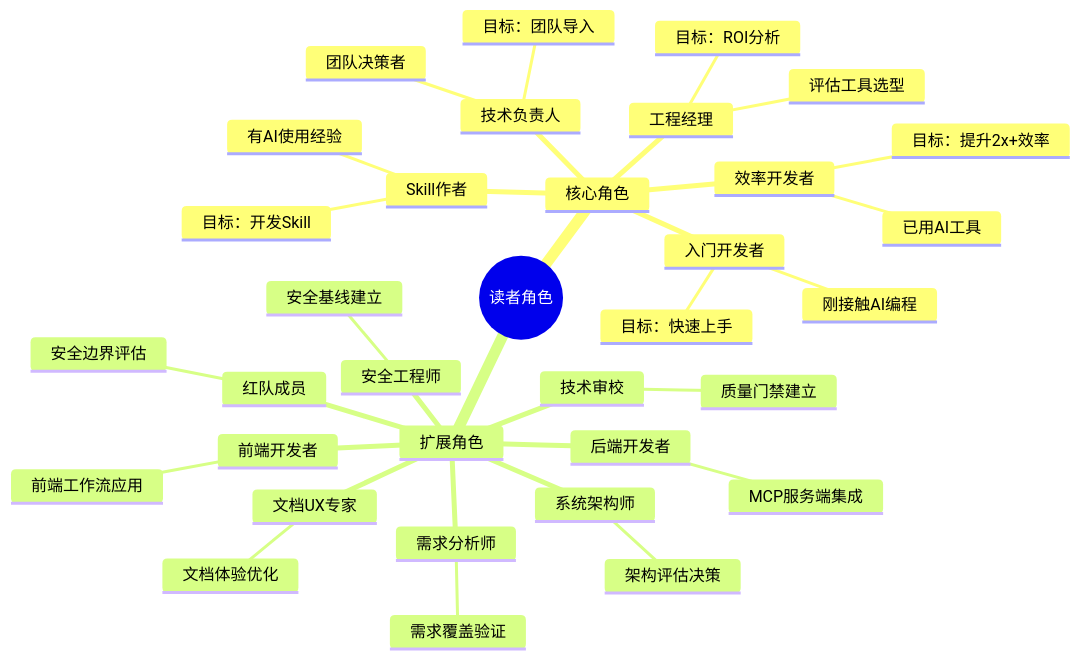
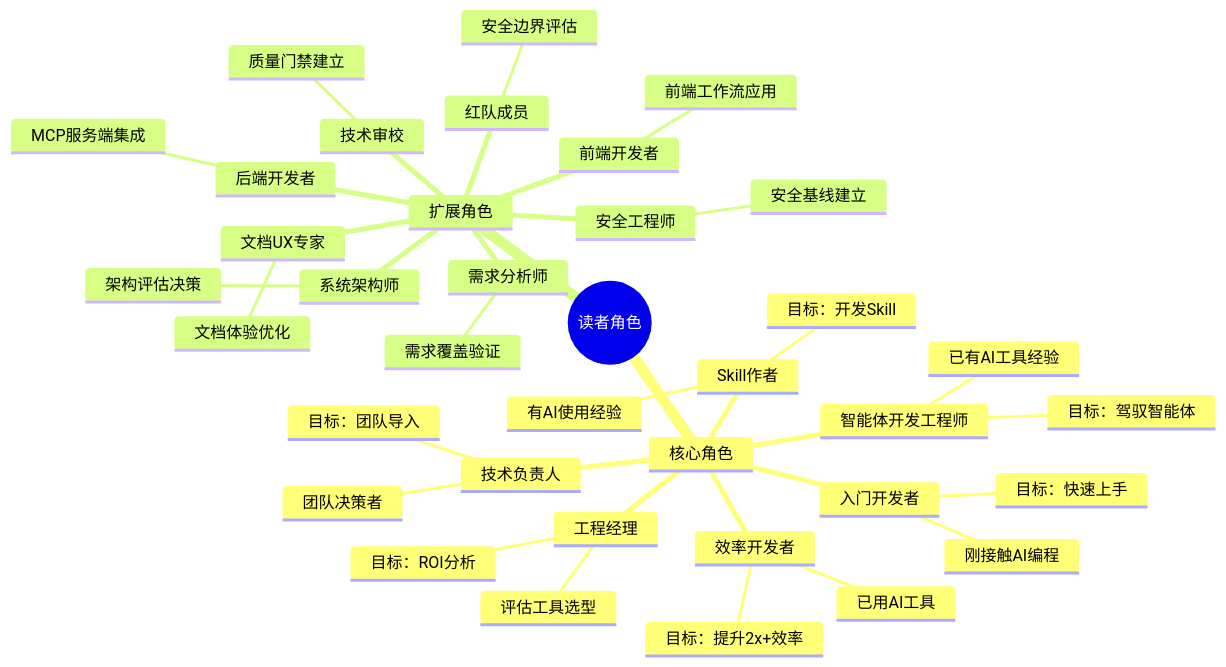
The first of 3 diagrams in src/00-guide/reading-paths.md (tonydeng/harness-engineering-from-oc-to-ai-coding), drawn with Mermaid before and after one commit. The commit also changed other lines of this file and 331 other files, not shown here.

````diff
--- a/src/00-guide/reading-paths.md
+++ b/src/00-guide/reading-paths.md
@@ -21,37 +25,40 @@
 ```mermaid
 mindmap
   root((读者角色))
     核心角色
-      入门开发者
-        刚接触AI编程
-        目标：快速上手
-      效率开发者
+       入门开发者
+         刚接触AI编程
+         目标：快速上手
+       智能体开发工程师
+         已有AI工具经验
+         目标：驾驭智能体
+       效率开发者
         已用AI工具
         目标：提升2x+效率
       技术负责人
         团队决策者
         目标：团队导入
       Skill作者
         有AI使用经验
         目标：开发Skill
       工程经理
         评估工具选型
         目标：ROI分析
     扩展角色
       需求分析师
         需求覆盖验证
       系统架构师
         架构评估决策
       后端开发者
         MCP服务端集成
       前端开发者
         前端工作流应用
       文档UX专家
         文档体验优化
       技术审校
         质量门禁建立
       安全工程师
         安全基线建立
       红队成员
         安全边界评估
 ```
````
